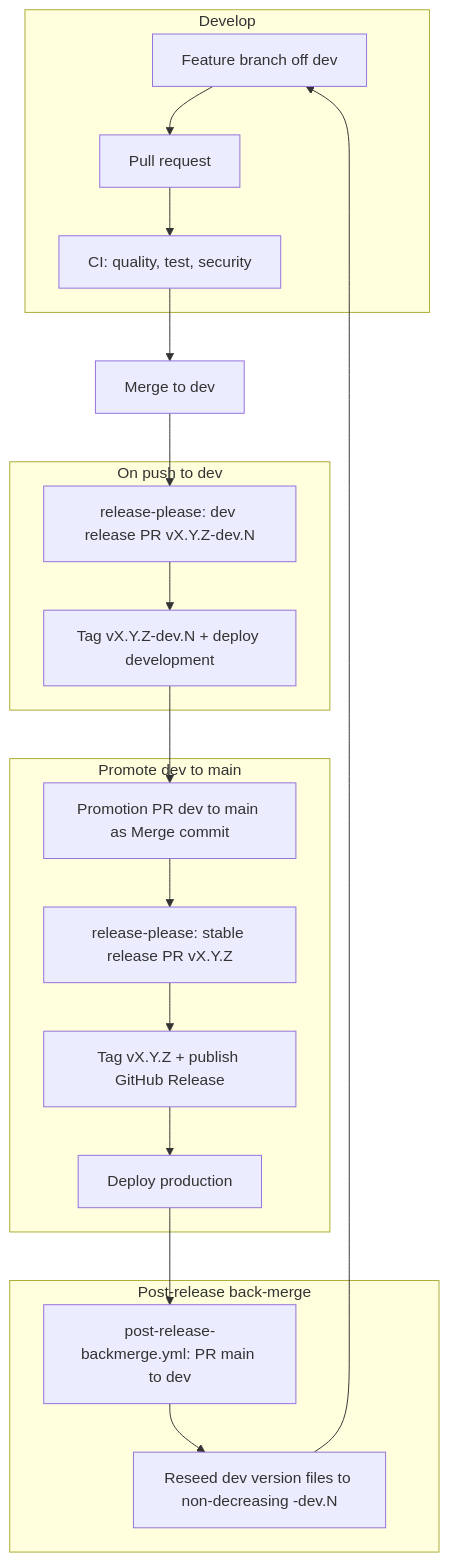
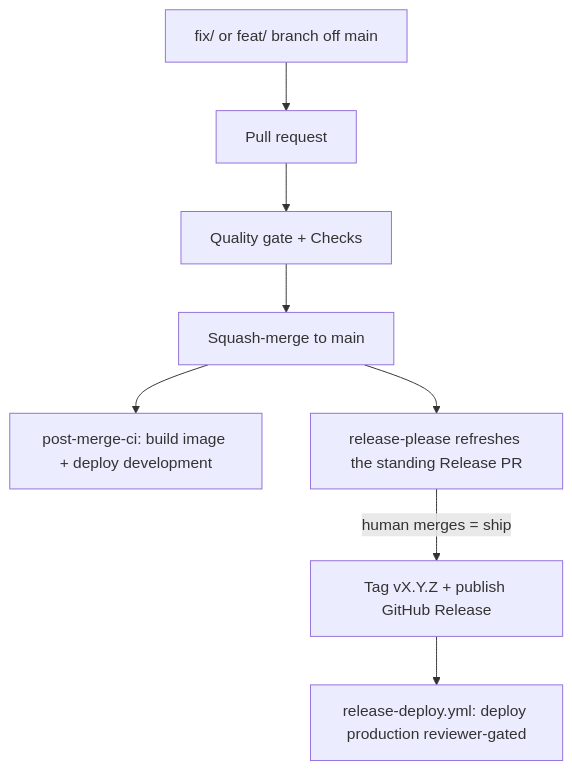
One commit to nikunjmavani/core-be changed the third of 6 diagrams in docs/deployment/ci-cd/cicd-and-deployment.md. Above: the diagram before and after it, drawn with Mermaid. The commit also changed other lines of this file and 21 other files, not shown here.

First line of the commit message:
ci: retire stale dev-branch references (single-trunk) (#880)

````diff
--- a/docs/deployment/ci-cd/cicd-and-deployment.md
+++ b/docs/deployment/ci-cd/cicd-and-deployment.md
@@ -184,35 +169,10 @@
 ```mermaid
 flowchart TB
-  subgraph develop [Develop]
-    Feature[Feature branch off dev]
-    PR[Pull request]
-    CI[CI: quality, test, security]
-    Feature --> PR --> CI
-  end
-
-  subgraph onDev [On push to dev]
-    DevReleasePlease[release-please: dev release PR vX.Y.Z-dev.N]
-    DevTag[Tag vX.Y.Z-dev.N + deploy development]
-    DevReleasePlease --> DevTag
-  end
-
-  subgraph promote [Promote dev to main]
-    PromotePR[Promotion PR dev to main as Merge commit]
-    MainReleasePlease[release-please: stable release PR vX.Y.Z]
-    MainTag[Tag vX.Y.Z + publish GitHub Release]
-    ProdDeploy[Deploy production]
-    PromotePR --> MainReleasePlease --> MainTag --> ProdDeploy
-  end
-
-  subgraph backmerge [Post-release back-merge]
-    BackmergeWorkflow["post-release-backmerge.yml: PR main to dev"]
-    DevSeed["Reseed dev version files to non-decreasing -dev.N"]
-    BackmergeWorkflow --> DevSeed
-  end
-
-  CI --> DevMerge[Merge to dev]
-  DevMerge --> DevReleasePlease
-  DevTag --> PromotePR
-  ProdDeploy --> BackmergeWorkflow
-  DevSeed --> Feature
+  Feature[fix/ or feat/ branch off main] --> PR[Pull request]
+  PR --> Gate[Quality gate + Checks]
+  Gate --> Merge[Squash-merge to main]
+  Merge --> DevDeploy[post-merge-ci: build image + deploy development]
+  Merge --> ReleasePR[release-please refreshes the standing Release PR]
+  ReleasePR -->|human merges = ship| Tag[Tag vX.Y.Z + publish GitHub Release]
+  Tag --> ProdDeploy[release-deploy.yml: deploy production reviewer-gated]
 ```
````
